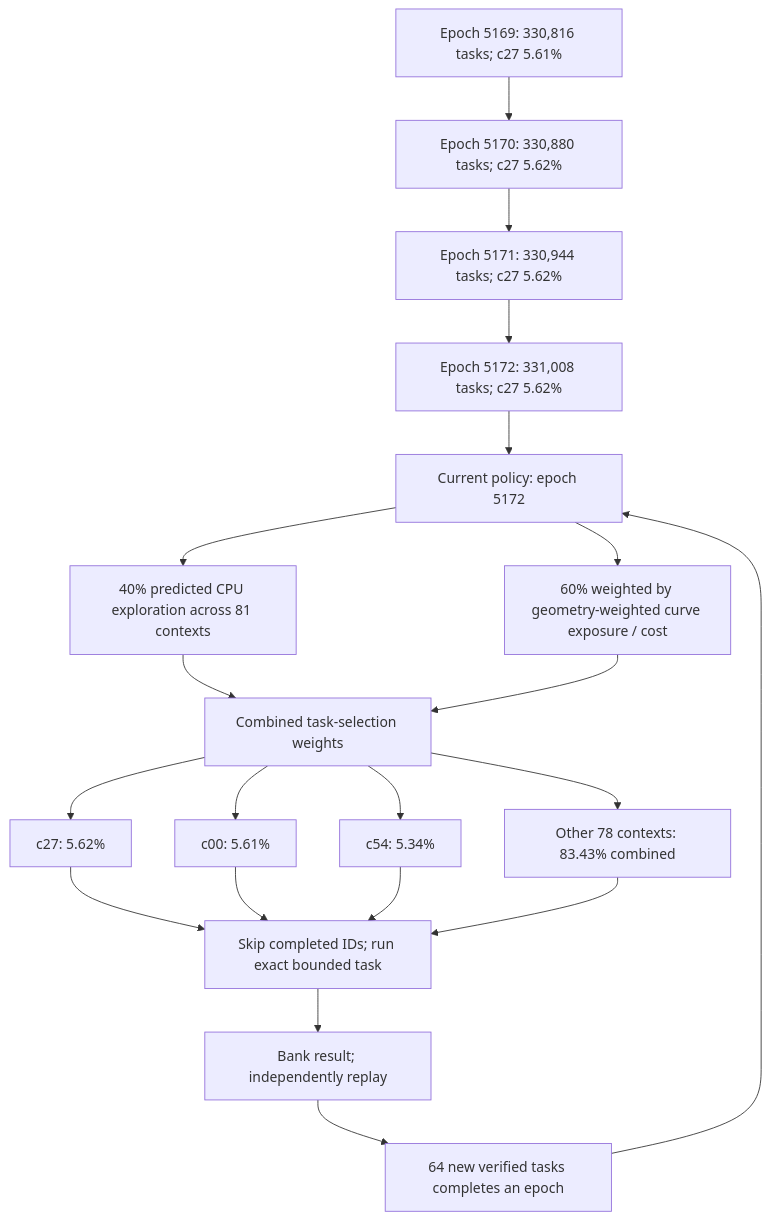
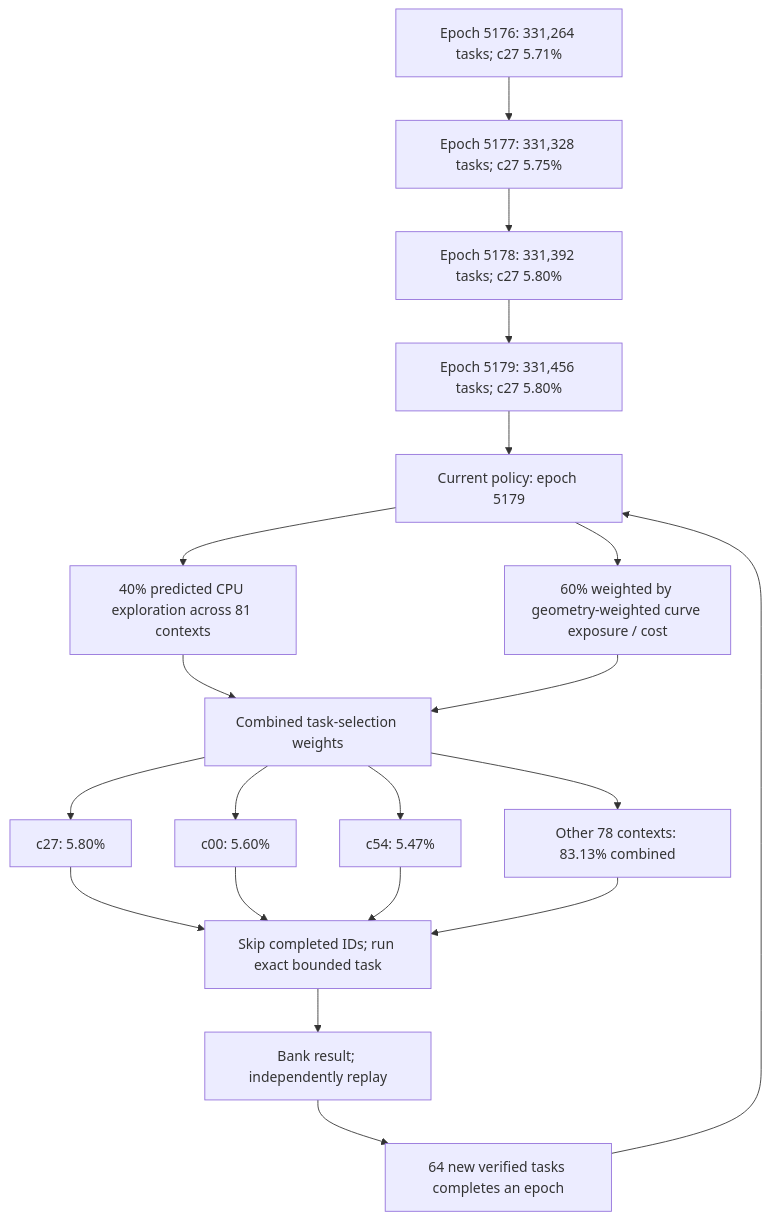
The first of 3 diagrams in README.md (Kuberwastaken/math-gambling), drawn with Mermaid before and after one commit. The commit also changed other lines of this file and 1458 other files, not shown here.

````diff
--- a/README.md
+++ b/README.md
@@ -60,27 +60,27 @@
 ```mermaid
 flowchart TD
-    H0["Epoch 5169: 330,816 tasks; c27 5.61%"]
-    H1["Epoch 5170: 330,880 tasks; c27 5.62%"]
+    H0["Epoch 5176: 331,264 tasks; c27 5.71%"]
+    H1["Epoch 5177: 331,328 tasks; c27 5.75%"]
     H0 --> H1
-    H2["Epoch 5171: 330,944 tasks; c27 5.62%"]
+    H2["Epoch 5178: 331,392 tasks; c27 5.80%"]
     H1 --> H2
-    H3["Epoch 5172: 331,008 tasks; c27 5.62%"]
+    H3["Epoch 5179: 331,456 tasks; c27 5.80%"]
     H2 --> H3
-    Policy["Current policy: epoch 5172"]
+    Policy["Current policy: epoch 5179"]
     H3 --> Policy
     Policy --> Explore["40% predicted CPU exploration across 81 contexts"]
     Policy --> Cost["60% weighted by geometry-weighted curve exposure / cost"]
     Explore --> Mix["Combined task-selection weights"]
     Cost --> Mix
-    Mix --> C0["c27: 5.62%"]
-    Mix --> C1["c00: 5.61%"]
-    Mix --> C2["c54: 5.34%"]
-    Mix --> Rest["Other 78 contexts: 83.43% combined"]
+    Mix --> C0["c27: 5.80%"]
+    Mix --> C1["c00: 5.60%"]
+    Mix --> C2["c54: 5.47%"]
+    Mix --> Rest["Other 78 contexts: 83.13% combined"]
     C0 --> Check["Skip completed IDs; run exact bounded task"]
     C1 --> Check
     C2 --> Check
     Rest --> Check
     Check --> Replay["Bank result; independently replay"]
     Replay --> Gate["64 new verified tasks completes an epoch"]
     Gate --> Policy
 ```
````
